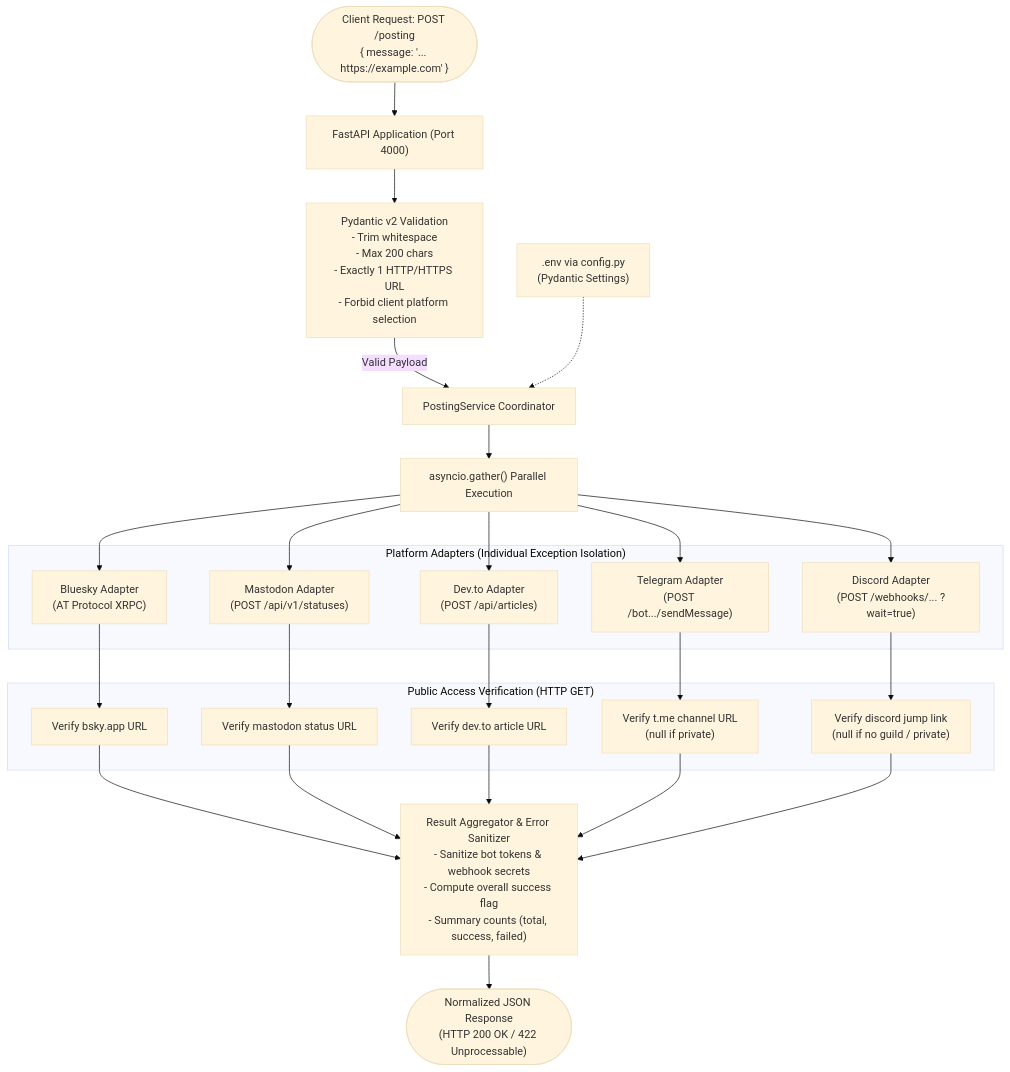
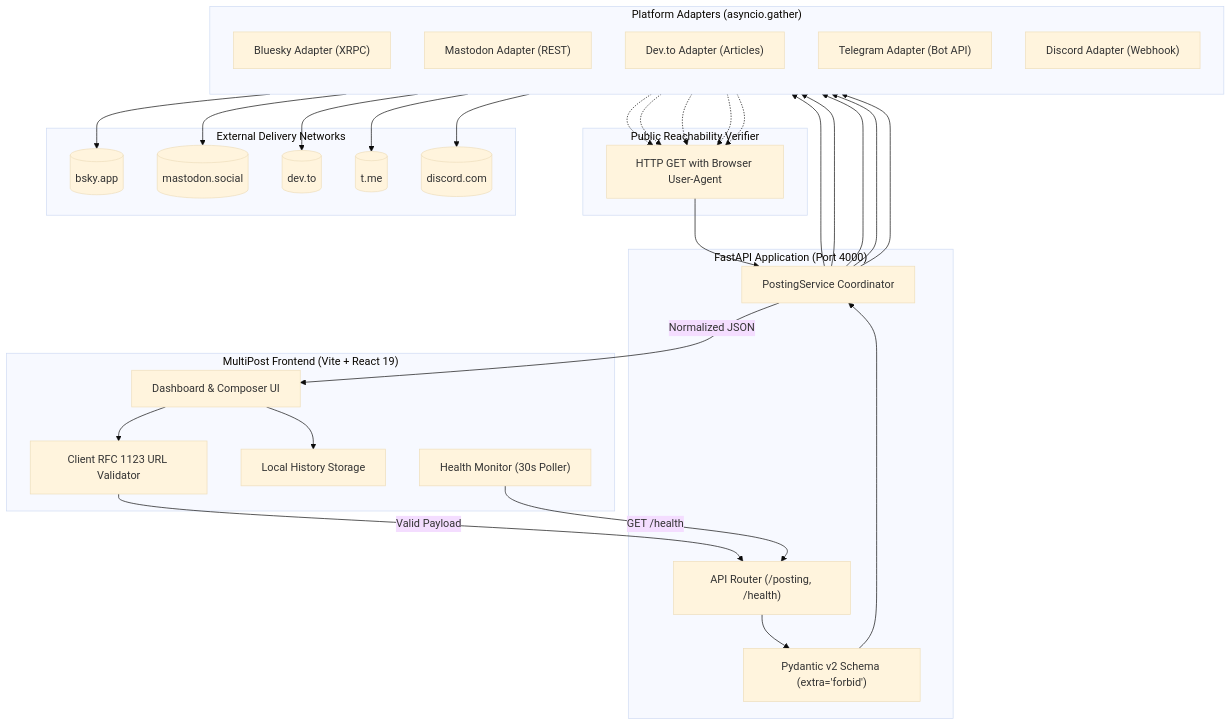
The first of 4 diagrams in README.md (viditsharma1405/multi-post), drawn with Mermaid (base theme) before and after one commit. The commit also changed other lines of this file, not shown here.

Commit message:
docs: expand master README with detailed system architecture, Mermaid flowcharts, and sequence diagrams

````diff
--- a/README.md
+++ b/README.md
@@ -79,54 +115,54 @@
 ```mermaid
-flowchart TD
-    Client(["Client Request: POST /posting\n{ message: '... https://example.com' }"])
-    FastAPI["FastAPI Application (Port 4000)"]
-    Pydantic["Pydantic v2 Validation\n- Trim whitespace\n- Max 200 chars\n- Exactly 1 HTTP/HTTPS URL\n- Forbid client platform selection"]
-    Settings[".env via config.py\n(Pydantic Settings)"]
-    PostingService["PostingService Coordinator"]
-    AsyncGather["asyncio.gather() Parallel Execution"]
-
-    subgraph Adapters ["Platform Adapters (Individual Exception Isolation)"]
-        BSKY["Bluesky Adapter\n(AT Protocol XRPC)"]
-        MASTO["Mastodon Adapter\n(POST /api/v1/statuses)"]
-        DEVTO["Dev.to Adapter\n(POST /api/articles)"]
-        TG["Telegram Adapter\n(POST /bot.../sendMessage)"]
-        DISC["Discord Adapter\n(POST /webhooks/... ?wait=true)"]
+flowchart TB
+    subgraph Frontend ["MultiPost Frontend (Vite + React 19)"]
+        UI["Dashboard & Composer UI"]
+        VAL["Client RFC 1123 URL Validator"]
+        STORE["Local History Storage"]
+        HEALTH["Health Monitor (30s Poller)"]
     end
 
-    subgraph Verification ["Public Access Verification (HTTP GET)"]
-        V_BSKY["Verify bsky.app URL"]
-        V_MASTO["Verify mastodon status URL"]
-        V_DEVTO["Verify dev.to article URL"]
-        V_TG["Verify t.me channel URL\n(null if private)"]
-        V_DISC["Verify discord jump link\n(null if no guild / private)"]
+    subgraph Backend ["FastAPI Application (Port 4000)"]
+        ROUTER["API Router (/posting, /health)"]
+        SCHEMA["Pydantic v2 Schema (extra='forbid')"]
+        ORCH["PostingService Coordinator"]
     end
 
-    Aggregation["Result Aggregator & Error Sanitizer\n- Sanitize bot tokens & webhook secrets\n- Compute overall success flag\n- Summary counts (total, success, failed)"]
-    Response(["Normalized JSON Response\n(HTTP 200 OK / 422 Unprocessable)"])
+    subgraph Adapters ["Platform Adapters (asyncio.gather)"]
+        direction TB
+        A_BSKY["Bluesky Adapter (XRPC)"]
+        A_MASTO["Mastodon Adapter (REST)"]
+        A_DEVTO["Dev.to Adapter (Articles)"]
+        A_TG["Telegram Adapter (Bot API)"]
+        A_DISC["Discord Adapter (Webhook)"]
+    end
 
-    Client --> FastAPI
-    FastAPI --> Pydantic
-    Pydantic -- "Valid Payload" --> PostingService
-    Settings -.-> PostingService
-    PostingService --> AsyncGather
+    subgraph Verifier ["Public Reachability Verifier"]
+        V_CHECK["HTTP GET with Browser User-Agent"]
+    end
 
-    AsyncGather --> BSKY
-    AsyncGather --> MASTO
-    AsyncGather --> DEVTO
-    AsyncGather --> TG
-    AsyncGather --> DISC
+    subgraph Channels ["External Delivery Networks"]
+        C_BSKY[("bsky.app")]
+        C_MASTO[("mastodon.social")]
+        C_DEVTO[("dev.to")]
+        C_TG[("t.me")]
+        C_DISC[("discord.com")]
+    end
 
-    BSKY --> V_BSKY
-    MASTO --> V_MASTO
-    DEVTO --> V_DEVTO
-    TG --> V_TG
-    DISC --> V_DISC
+    UI --> VAL
+    VAL -->|Valid Payload| ROUTER
+    HEALTH -->|GET /health| ROUTER
+    ROUTER --> SCHEMA
+    SCHEMA --> ORCH
+    ORCH --> A_BSKY & A_MASTO & A_DEVTO & A_TG & A_DISC
+    
+    A_BSKY --> C_BSKY
+    A_MASTO --> C_MASTO
+    A_DEVTO --> C_DEVTO
+    A_TG --> C_TG
+    A_DISC --> C_DISC
 
-    V_BSKY --> Aggregation
-    V_MASTO --> Aggregation
-    V_DEVTO --> Aggregation
-    V_TG --> Aggregation
-    V_DISC --> Aggregation
-
-    Aggregation --> Response
+    A_BSKY & A_MASTO & A_DEVTO & A_TG & A_DISC -.-> V_CHECK
+    V_CHECK --> ORCH
+    ORCH -->|Normalized JSON| UI
+    UI --> STORE
 ```
````
